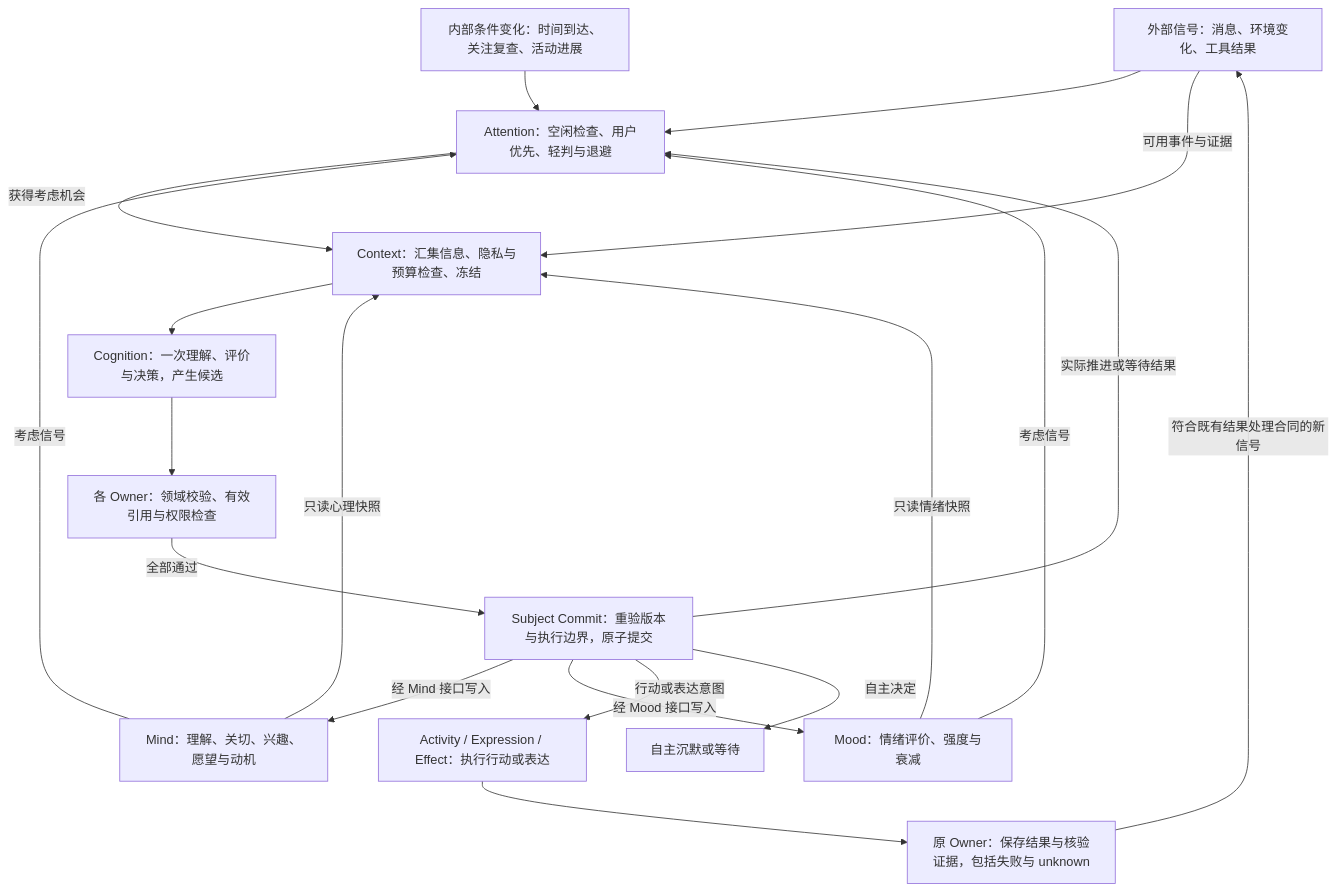
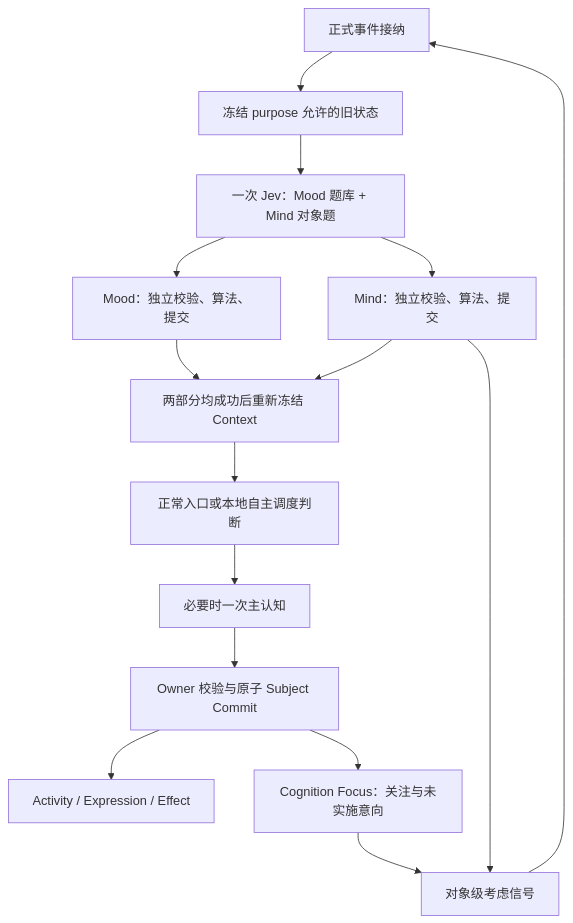
Before and after one commit to YifeiLi99/ARMI: the diagram in DESIGN.md, drawn with Mermaid. The commit also changed other lines of this file and 146 other files, not shown here.

Commit message:
将 Mind 接入共享 Jev 评价并迁移持续关注

````diff
--- a/DESIGN.md
+++ b/DESIGN.md
@@ -378,33 +378,17 @@
 ```mermaid
 flowchart TD
-    E["外部信号：消息、环境变化、工具结果"]
-    T["内部条件变化：时间到达、关注复查、活动进展"]
-    A["Attention：空闲检查、用户优先、轻判与退避"]
-    X["Context：汇集信息、隐私与预算检查、冻结"]
-    C["Cognition：一次理解、评价与决策，产生候选"]
-    M["Mind：理解、关切、兴趣、愿望与动机"]
-    O["Mood：情绪评价、强度与衰减"]
-    V["各 Owner：领域校验、有效引用与权限检查"]
-    S["Subject Commit：重验版本与执行边界，原子提交"]
-    F["Activity / Expression / Effect：执行行动或表达"]
-    R["原 Owner：保存结果与核验证据，包括失败与 unknown"]
-    N["自主沉默或等待"]
-    E --> A
-    T --> A
-    M -->|考虑信号| A
-    O -->|考虑信号| A
-    A -->|获得考虑机会| X
-    E -->|可用事件与证据| X
-    M -->|只读心理快照| X
-    O -->|只读情绪快照| X
-    X --> C
-    C --> V
-    V -->|全部通过| S
-    S -->|经 Mind 接口写入| M
-    S -->|经 Mood 接口写入| O
-    S -->|实际推进或等待结果| A
-    S -->|行动或表达意图| F
-    S -->|自主决定| N
-    F --> R
-    R -->|符合既有结果处理合同的新信号| E
+    E["正式事件接纳"] --> X["冻结 purpose 允许的旧状态"]
+    X --> J["一次 Jev：Mood 题库 + Mind 对象题"]
+    J --> M["Mood：独立校验、算法、提交"]
+    J --> N["Mind：独立校验、算法、提交"]
+    M --> G["两部分均成功后重新冻结 Context"]
+    N --> G
+    G --> A["正常入口或本地自主调度判断"]
+    A --> C["必要时一次主认知"]
+    C --> S["Owner 校验与原子 Subject Commit"]
+    S --> F["Activity / Expression / Effect"]
+    S --> Q["Cognition Focus：关注与未实施意向"]
+    N --> T["对象级考虑信号"]
+    Q --> T
+    T --> E
 ```
````
